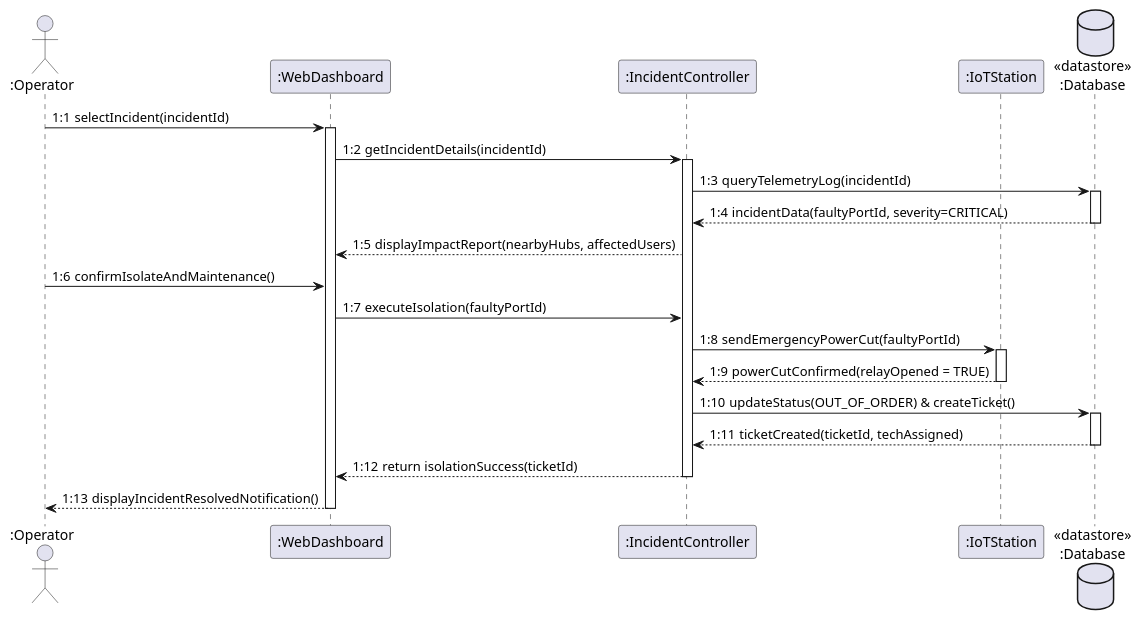
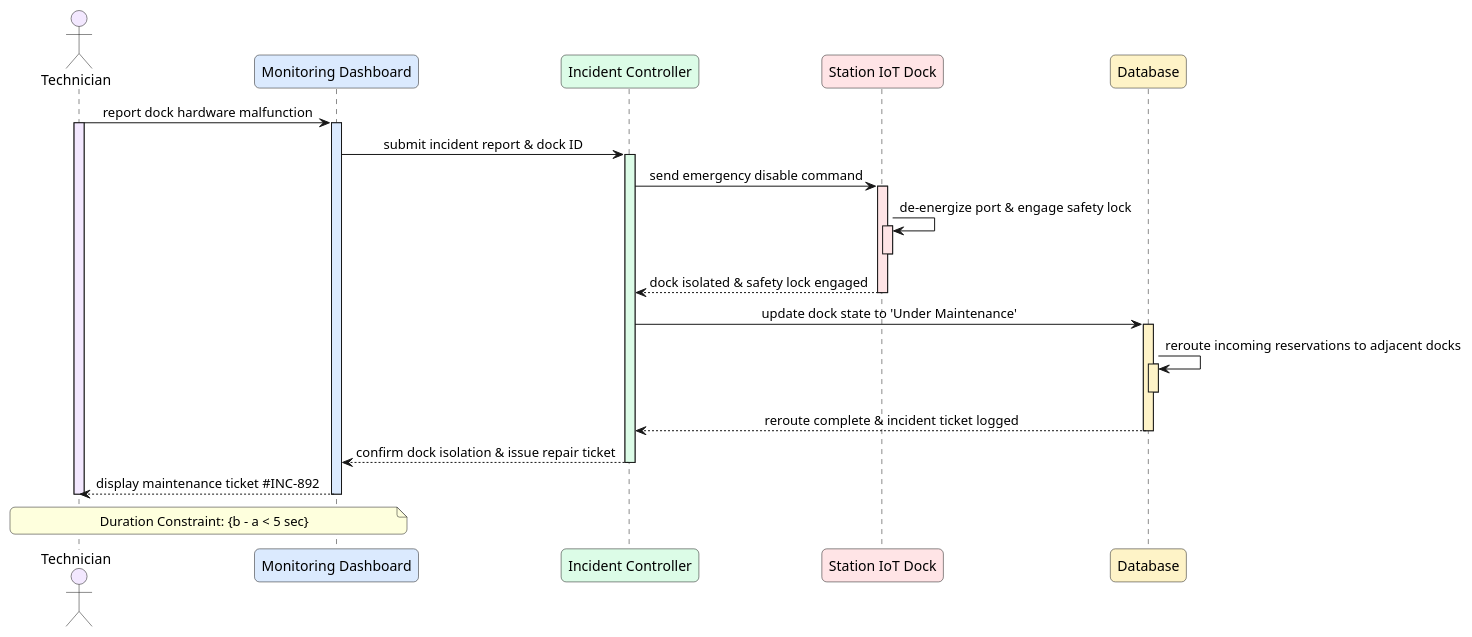
Before and after one commit to YdtTran/software-engineerning: diagram 11 of 14 in 01_Diagram/02_Sequence_Diagram/PLANTUML_SEQUENCE.md, drawn with PlantUML. The commit also changed other lines of this file and 19 other files, not shown here.

Commit message:
feat(diagram): update sequence diagrams with slide-standard visuals and rendered pngs

````diff
--- a/01_Diagram/02_Sequence_Diagram/PLANTUML_SEQUENCE.md
+++ b/01_Diagram/02_Sequence_Diagram/PLANTUML_SEQUENCE.md
@@ -453,38 +524,51 @@
 ```plantuml
 @startuml
-skinparam responseMessageBelowArrow true
-autonumber "1:"
-actor ":Operator" as Admin
-participant ":WebDashboard" as UI
-participant ":IncidentController" as Ctrl
-participant ":IoTStation" as IoT
-database "<<datastore>>\n:Database" as DB
+skinparam sequenceMessageAlign center
+skinparam responseMessageBelowArrow false
+skinparam roundcorner 10
+skinparam ParticipantPadding 25
+skinparam BoxPadding 15
 
-Admin -> UI: selectIncident(incidentId)
-activate UI
-UI -> Ctrl: getIncidentDetails(incidentId)
-activate Ctrl
-Ctrl -> DB: queryTelemetryLog(incidentId)
-activate DB
-DB --> Ctrl: incidentData(faultyPortId, severity=CRITICAL)
-deactivate DB
-Ctrl --> UI: displayImpactReport(nearbyHubs, affectedUsers)
+actor "Technician" as Tech #f3e8ff
+participant "Monitoring Dashboard" as Dash #dbeafe
+participant "Incident Controller" as Ctrl #dcfce7
+participant "Station IoT Dock" as Dock #ffe4e6
+participant "Database" as DB #fef3c7
 
-Admin -> UI: confirmIsolateAndMaintenance()
-UI -> Ctrl: executeIsolation(faultyPortId)
-Ctrl -> IoT: sendEmergencyPowerCut(faultyPortId)
-activate IoT
-IoT --> Ctrl: powerCutConfirmed(relayOpened = TRUE)
-deactivate IoT
+Tech -> Dash: report dock hardware malfunction
+activate Tech #f3e8ff
+activate Dash #dbeafe
 
-Ctrl -> DB: updateStatus(OUT_OF_ORDER) & createTicket()
-activate DB
-DB --> Ctrl: ticketCreated(ticketId, techAssigned)
+Dash -> Ctrl: submit incident report & dock ID
+activate Ctrl #dcfce7
+
+Ctrl -> Dock: send emergency disable command
+activate Dock #ffe4e6
+
+Dock -> Dock: de-energize port & engage safety lock
+activate Dock #ffe4e6
+deactivate Dock
+
+Dock --> Ctrl: dock isolated & safety lock engaged
+deactivate Dock
+
+Ctrl -> DB: update dock state to 'Under Maintenance'
+activate DB #fef3c7
+
+DB -> DB: reroute incoming reservations to adjacent docks
+activate DB #fef3c7
 deactivate DB
 
-Ctrl --> UI: return isolationSuccess(ticketId)
+DB --> Ctrl: reroute complete & incident ticket logged
+deactivate DB
+
+Ctrl --> Dash: confirm dock isolation & issue repair ticket
 deactivate Ctrl
-UI --> Admin: displayIncidentResolvedNotification()
-deactivate UI
+
+Dash --> Tech: display maintenance ticket #INC-892
+deactivate Dash
+deactivate Tech
+
+note over Tech, Dash: Duration Constraint: {b - a < 5 sec}
 @enduml
 ```
````
